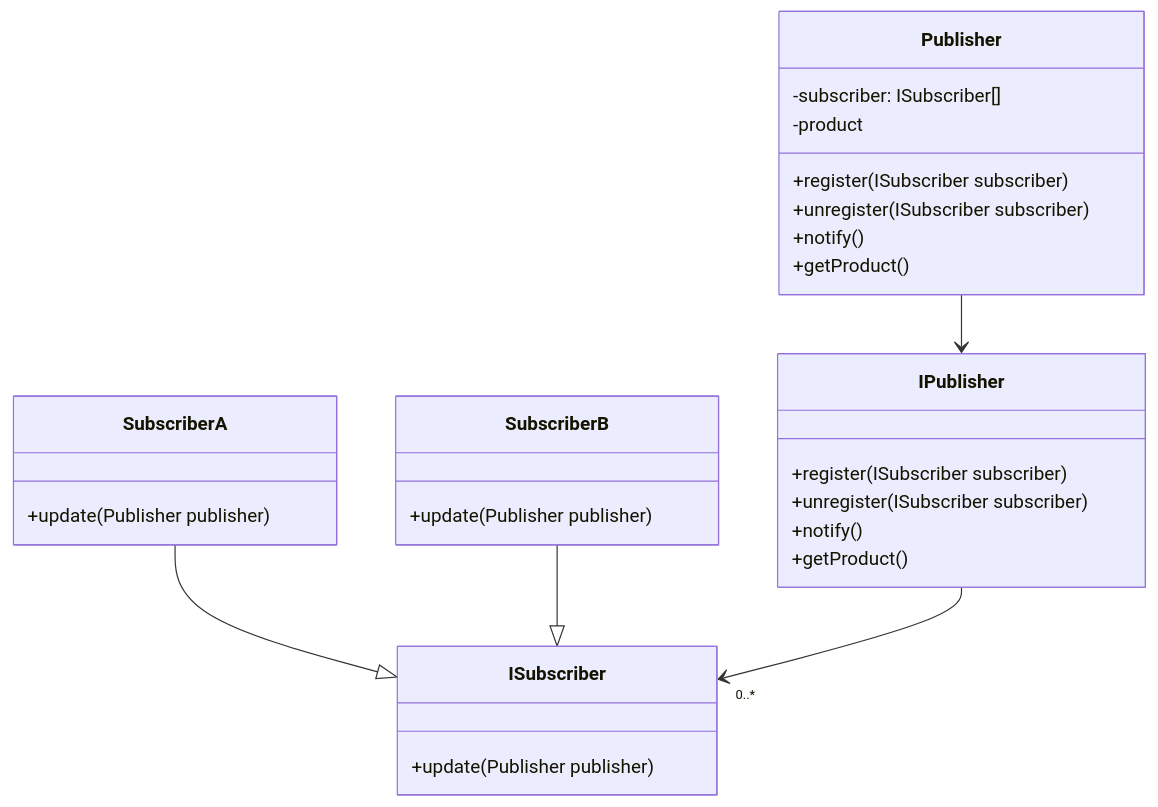
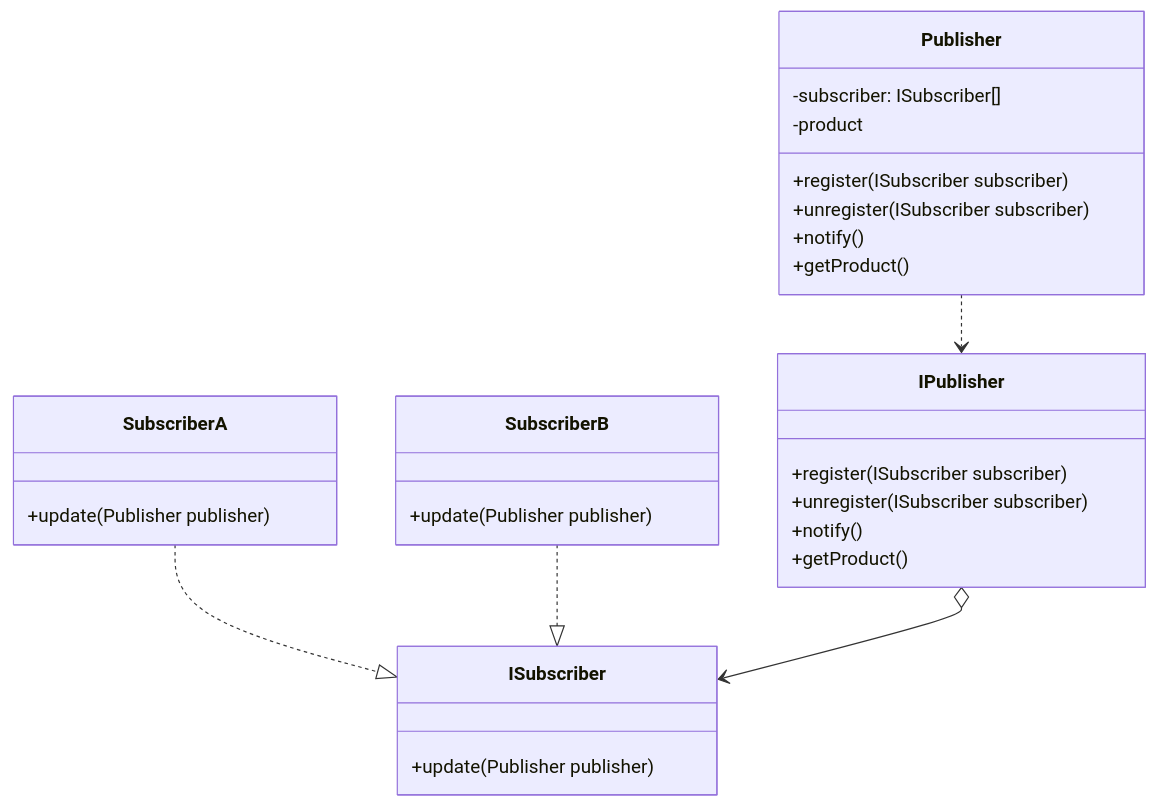
Before and after one commit to condinoaljoseph/design-patterns-typescript: the diagram in src/Observer/Conceptual/README.md, drawn with Mermaid. The commit also changed 1 other file, not shown here.

Commit message:
fix relationship

````diff
--- a/src/Observer/Conceptual/README.md
+++ b/src/Observer/Conceptual/README.md
@@ -1,28 +1,28 @@
 ```mermaid
 classDiagram
-    SubscriberA --|> ISubscriber
-    SubscriberB --|> ISubscriber
-    Publisher --> IPublisher
+    SubscriberA ..|> ISubscriber
+    SubscriberB ..|> ISubscriber
+    Publisher ..> IPublisher
     ISubscriber: +update(Publisher publisher)
-    IPublisher --> "0..*" ISubscriber
+    IPublisher o--> ISubscriber
     class IPublisher{
         +register(ISubscriber subscriber)
         +unregister(ISubscriber subscriber)
         +notify()
         +getProduct()
     }
     class SubscriberA{
         +update(Publisher publisher)
     }
     class SubscriberB{
         +update(Publisher publisher)
     }
     class Publisher {
         -subscriber: ISubscriber[]
         -product
         +register(ISubscriber subscriber)
         +unregister(ISubscriber subscriber)
         +notify()
         +getProduct()
     }
 ```
````
